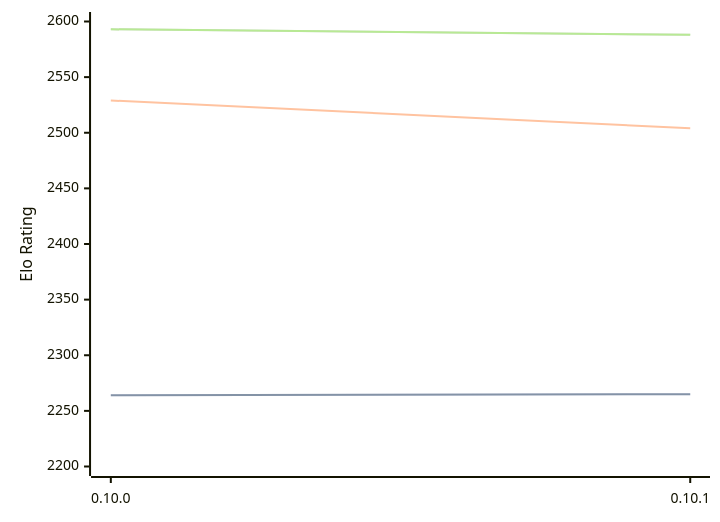
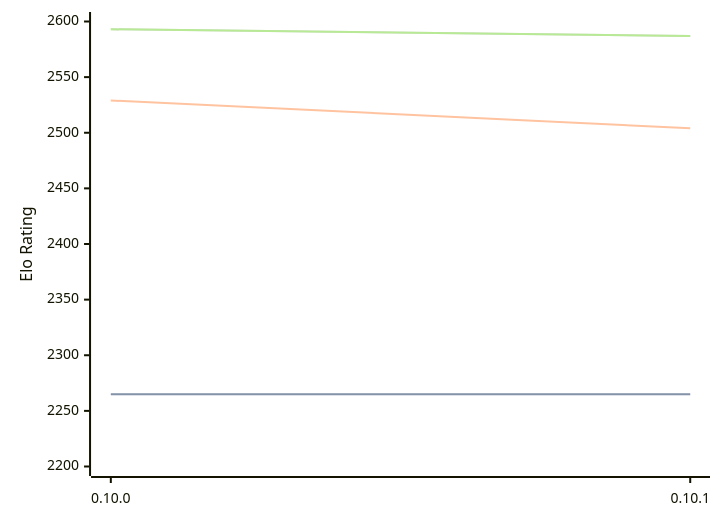
One commit to computer-chess-index/cci changed the diagram in engines/Fatalii.md. Above: the diagram before and after it, drawn with Mermaid. The commit also changed other lines of this file, not shown here.

Commit message:
Update CCI Ratings (ELO VLTC) - 2026-08-16

````diff
--- a/engines/Fatalii.md
+++ b/engines/Fatalii.md
@@ -32,11 +32,11 @@
 ```mermaid
 %%{init: {"theme":"base","themeVariables":{"seriesColors:['#a3a3a3','#222221','#faa371']}}}%%
 xychart-beta
   x-axis ["0.10.0", "0.10.1"]
   y-axis "Elo Rating" 2200 --> 2600
-  line "STC (8.0+0.08s)" [2264, 2265]
-  line "STC (8.0+0.08s)" [2264, 2265]
+  line "STC (8.0+0.08s)" [2265, 2265]
+  line "STC (8.0+0.08s)" [2265, 2265]
   line "LTC (60.0+0.60s)" [2529, 2504]
-  line "VLTC (2m24s+1.12s)" [2593, 2588]
-  line "VLTC (2m24s+1.12s)" [2593, 2588]
+  line "VLTC (2m24s+1.12s)" [2593, 2587]
+  line "VLTC (2m24s+1.12s)" [2593, 2587]
 ```
````
